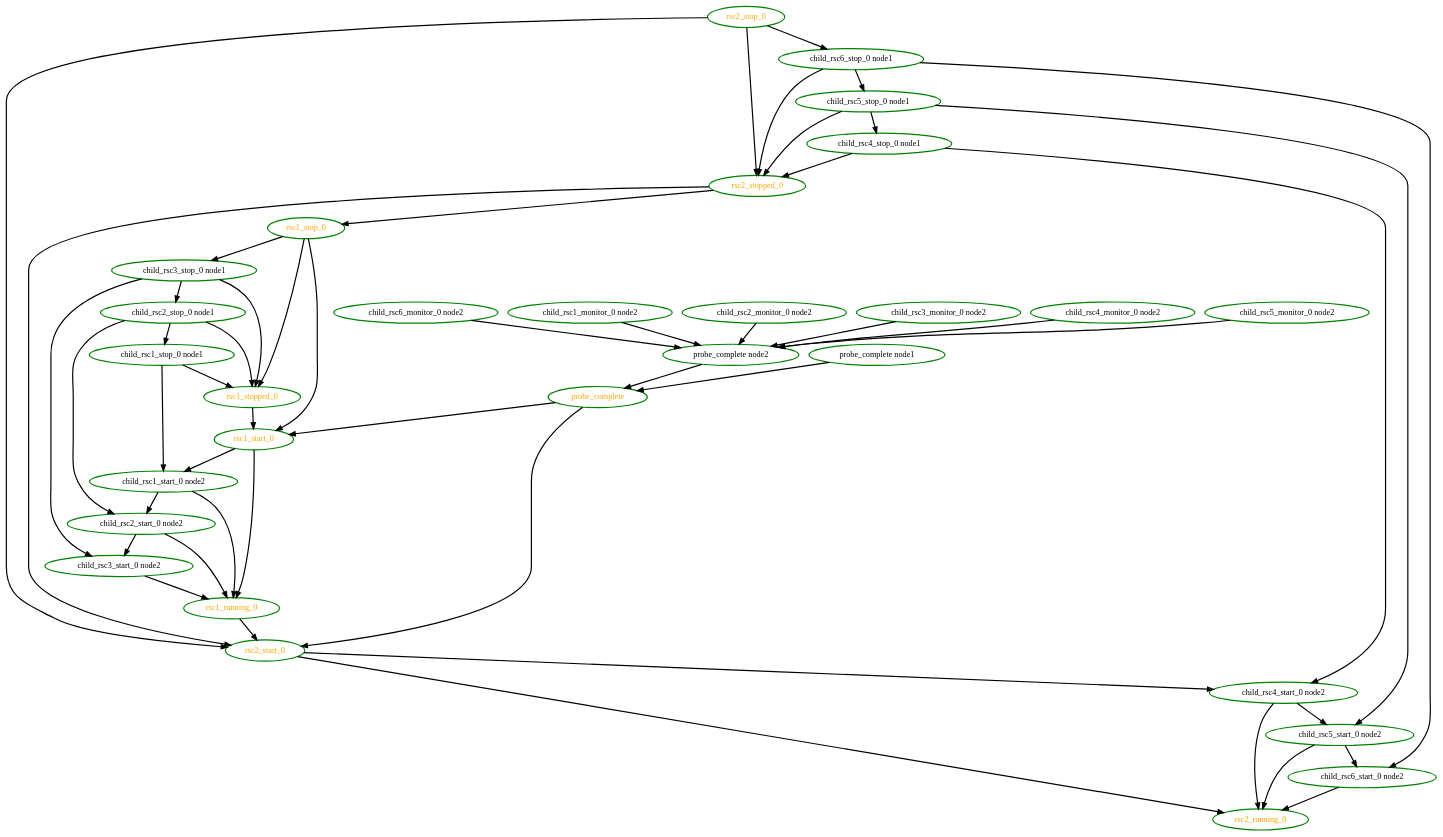
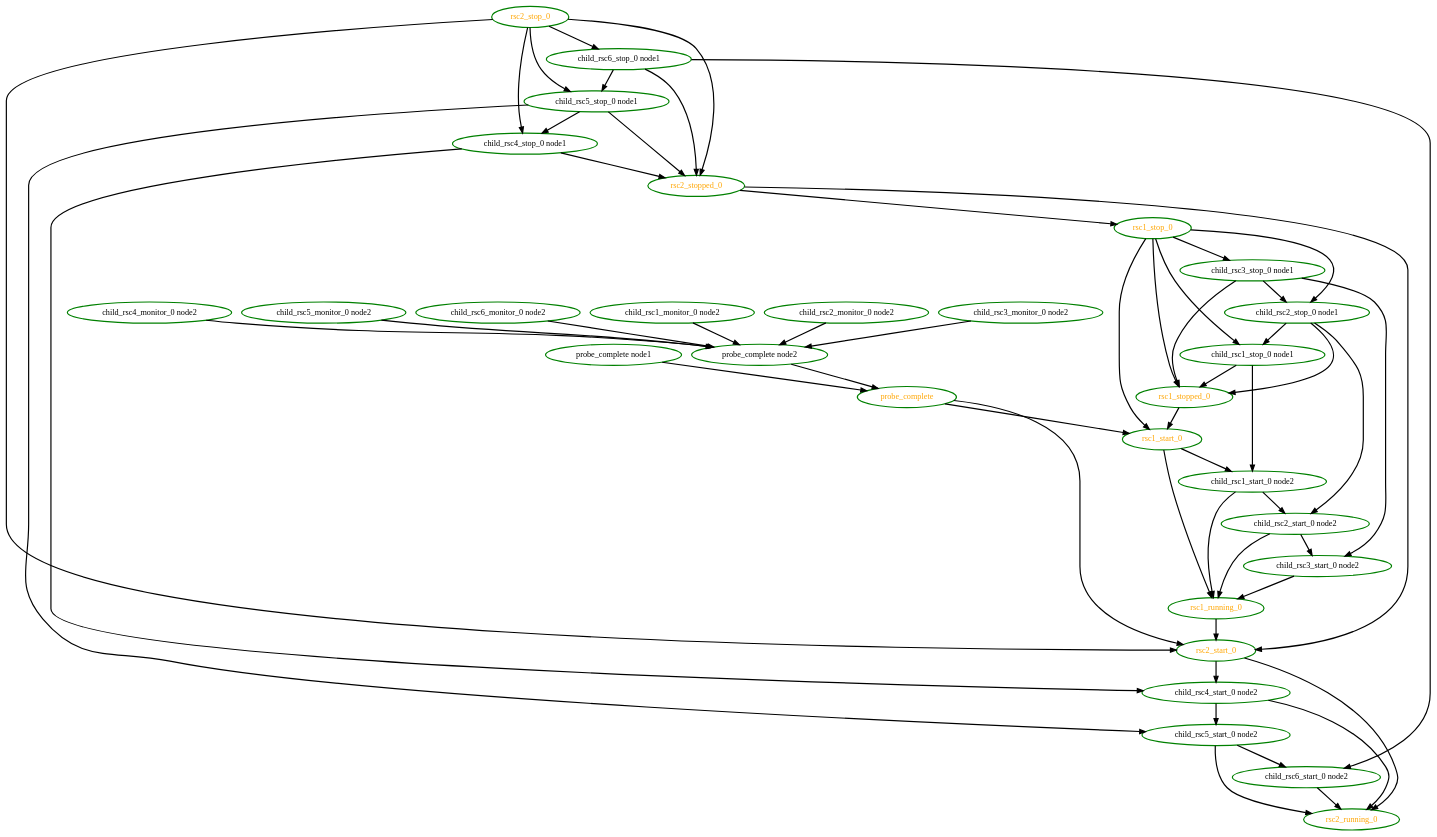
The diagram in crm/pengine/testcases/group6.dot (richiewen8/heartbeat), drawn with Graphviz before and after one commit. The commit also changed 36 other files, not shown here.

Commit message:
PE: Stop of a partially stopped group failed when there was only two child resources The resulting transition was unrunnable and prevented progress from being made

```diff
--- a/crm/pengine/testcases/group6.dot
+++ b/crm/pengine/testcases/group6.dot
@@ -1,81 +1,85 @@
  digraph "g" {
 "child_rsc1_monitor_0 node2" -> "probe_complete node2" [ style = bold]
 "child_rsc1_monitor_0 node2" [ style=bold color="green" fontcolor="black" ]
 "child_rsc1_start_0 node2" -> "child_rsc2_start_0 node2" [ style = bold]
 "child_rsc1_start_0 node2" -> "rsc1_running_0" [ style = bold]
 "child_rsc1_start_0 node2" [ style=bold color="green" fontcolor="black" ]
 "child_rsc1_stop_0 node1" -> "child_rsc1_start_0 node2" [ style = bold]
 "child_rsc1_stop_0 node1" -> "rsc1_stopped_0" [ style = bold]
 "child_rsc1_stop_0 node1" [ style=bold color="green" fontcolor="black" ]
 "child_rsc2_monitor_0 node2" -> "probe_complete node2" [ style = bold]
 "child_rsc2_monitor_0 node2" [ style=bold color="green" fontcolor="black" ]
 "child_rsc2_start_0 node2" -> "child_rsc3_start_0 node2" [ style = bold]
 "child_rsc2_start_0 node2" -> "rsc1_running_0" [ style = bold]
 "child_rsc2_start_0 node2" [ style=bold color="green" fontcolor="black" ]
 "child_rsc2_stop_0 node1" -> "child_rsc1_stop_0 node1" [ style = bold]
 "child_rsc2_stop_0 node1" -> "child_rsc2_start_0 node2" [ style = bold]
 "child_rsc2_stop_0 node1" -> "rsc1_stopped_0" [ style = bold]
 "child_rsc2_stop_0 node1" [ style=bold color="green" fontcolor="black" ]
 "child_rsc3_monitor_0 node2" -> "probe_complete node2" [ style = bold]
 "child_rsc3_monitor_0 node2" [ style=bold color="green" fontcolor="black" ]
 "child_rsc3_start_0 node2" -> "rsc1_running_0" [ style = bold]
 "child_rsc3_start_0 node2" [ style=bold color="green" fontcolor="black" ]
 "child_rsc3_stop_0 node1" -> "child_rsc2_stop_0 node1" [ style = bold]
 "child_rsc3_stop_0 node1" -> "child_rsc3_start_0 node2" [ style = bold]
 "child_rsc3_stop_0 node1" -> "rsc1_stopped_0" [ style = bold]
 "child_rsc3_stop_0 node1" [ style=bold color="green" fontcolor="black" ]
 "child_rsc4_monitor_0 node2" -> "probe_complete node2" [ style = bold]
 "child_rsc4_monitor_0 node2" [ style=bold color="green" fontcolor="black" ]
 "child_rsc4_start_0 node2" -> "child_rsc5_start_0 node2" [ style = bold]
 "child_rsc4_start_0 node2" -> "rsc2_running_0" [ style = bold]
 "child_rsc4_start_0 node2" [ style=bold color="green" fontcolor="black" ]
 "child_rsc4_stop_0 node1" -> "child_rsc4_start_0 node2" [ style = bold]
 "child_rsc4_stop_0 node1" -> "rsc2_stopped_0" [ style = bold]
 "child_rsc4_stop_0 node1" [ style=bold color="green" fontcolor="black" ]
 "child_rsc5_monitor_0 node2" -> "probe_complete node2" [ style = bold]
 "child_rsc5_monitor_0 node2" [ style=bold color="green" fontcolor="black" ]
 "child_rsc5_start_0 node2" -> "child_rsc6_start_0 node2" [ style = bold]
 "child_rsc5_start_0 node2" -> "rsc2_running_0" [ style = bold]
 "child_rsc5_start_0 node2" [ style=bold color="green" fontcolor="black" ]
 "child_rsc5_stop_0 node1" -> "child_rsc4_stop_0 node1" [ style = bold]
 "child_rsc5_stop_0 node1" -> "child_rsc5_start_0 node2" [ style = bold]
 "child_rsc5_stop_0 node1" -> "rsc2_stopped_0" [ style = bold]
 "child_rsc5_stop_0 node1" [ style=bold color="green" fontcolor="black" ]
 "child_rsc6_monitor_0 node2" -> "probe_complete node2" [ style = bold]
 "child_rsc6_monitor_0 node2" [ style=bold color="green" fontcolor="black" ]
 "child_rsc6_start_0 node2" -> "rsc2_running_0" [ style = bold]
 "child_rsc6_start_0 node2" [ style=bold color="green" fontcolor="black" ]
 "child_rsc6_stop_0 node1" -> "child_rsc5_stop_0 node1" [ style = bold]
 "child_rsc6_stop_0 node1" -> "child_rsc6_start_0 node2" [ style = bold]
 "child_rsc6_stop_0 node1" -> "rsc2_stopped_0" [ style = bold]
 "child_rsc6_stop_0 node1" [ style=bold color="green" fontcolor="black" ]
 "probe_complete node1" -> "probe_complete" [ style = bold]
 "probe_complete node1" [ style=bold color="green" fontcolor="black" ]
 "probe_complete node2" -> "probe_complete" [ style = bold]
 "probe_complete node2" [ style=bold color="green" fontcolor="black" ]
 "probe_complete" -> "rsc1_start_0" [ style = bold]
 "probe_complete" -> "rsc2_start_0" [ style = bold]
 "probe_complete" [ style=bold color="green" fontcolor="orange" ]
 "rsc1_running_0" -> "rsc2_start_0" [ style = bold]
 "rsc1_running_0" [ style=bold color="green" fontcolor="orange" ]
 "rsc1_start_0" -> "child_rsc1_start_0 node2" [ style = bold]
 "rsc1_start_0" -> "rsc1_running_0" [ style = bold]
 "rsc1_start_0" [ style=bold color="green" fontcolor="orange" ]
+"rsc1_stop_0" -> "child_rsc1_stop_0 node1" [ style = bold]
+"rsc1_stop_0" -> "child_rsc2_stop_0 node1" [ style = bold]
 "rsc1_stop_0" -> "child_rsc3_stop_0 node1" [ style = bold]
 "rsc1_stop_0" -> "rsc1_start_0" [ style = bold]
 "rsc1_stop_0" -> "rsc1_stopped_0" [ style = bold]
 "rsc1_stop_0" [ style=bold color="green" fontcolor="orange" ]
 "rsc1_stopped_0" -> "rsc1_start_0" [ style = bold]
 "rsc1_stopped_0" [ style=bold color="green" fontcolor="orange" ]
 "rsc2_running_0" [ style=bold color="green" fontcolor="orange" ]
 "rsc2_start_0" -> "child_rsc4_start_0 node2" [ style = bold]
 "rsc2_start_0" -> "rsc2_running_0" [ style = bold]
 "rsc2_start_0" [ style=bold color="green" fontcolor="orange" ]
+"rsc2_stop_0" -> "child_rsc4_stop_0 node1" [ style = bold]
+"rsc2_stop_0" -> "child_rsc5_stop_0 node1" [ style = bold]
 "rsc2_stop_0" -> "child_rsc6_stop_0 node1" [ style = bold]
 "rsc2_stop_0" -> "rsc2_start_0" [ style = bold]
 "rsc2_stop_0" -> "rsc2_stopped_0" [ style = bold]
 "rsc2_stop_0" [ style=bold color="green" fontcolor="orange" ]
 "rsc2_stopped_0" -> "rsc1_stop_0" [ style = bold]
 "rsc2_stopped_0" -> "rsc2_start_0" [ style = bold]
 "rsc2_stopped_0" [ style=bold color="green" fontcolor="orange" ]
 }
```
